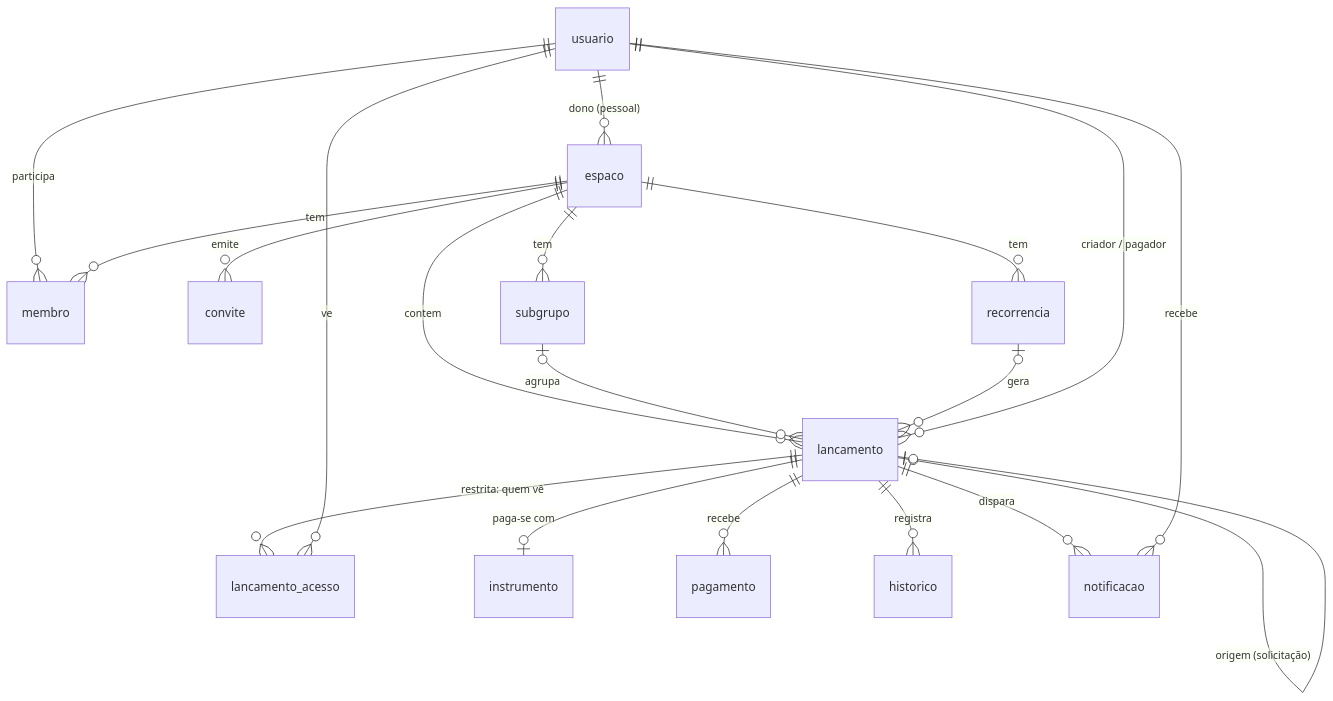
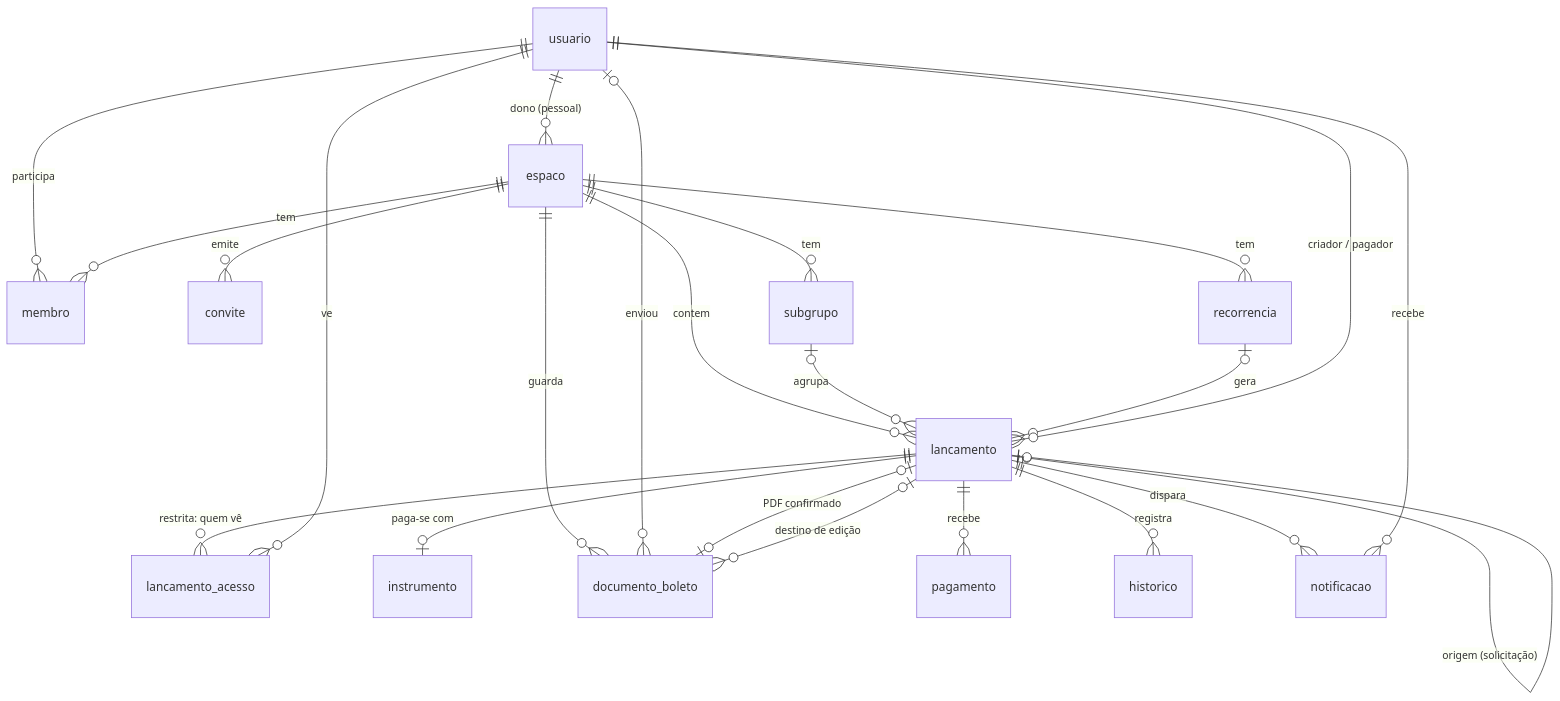
The diagram in docs/dados/modelo.md (luis-hm/Varal), drawn with Mermaid before and after one commit. The commit also changed other lines of this file and 64 other files, not shown here.

````diff
--- a/docs/dados/modelo.md
+++ b/docs/dados/modelo.md
@@ -96,21 +110,25 @@
 ```mermaid
 erDiagram
     usuario ||--o{ espaco : "dono (pessoal)"
     usuario ||--o{ membro : participa
     espaco ||--o{ membro : tem
     espaco ||--o{ convite : emite
     espaco ||--o{ subgrupo : tem
     espaco ||--o{ lancamento : contem
     espaco ||--o{ recorrencia : tem
     subgrupo |o--o{ lancamento : agrupa
     recorrencia |o--o{ lancamento : gera
     lancamento |o--o| lancamento : "origem (solicitação)"
     lancamento ||--o{ lancamento_acesso : "restrita: quem vê"
     usuario ||--o{ lancamento_acesso : ve
     lancamento ||--o| instrumento : "paga-se com"
+    espaco ||--o{ documento_boleto : guarda
+    usuario |o--o{ documento_boleto : enviou
+    lancamento |o--o| documento_boleto : "PDF confirmado"
+    lancamento |o--o{ documento_boleto : "destino de edição"
     lancamento ||--o{ pagamento : recebe
     lancamento ||--o{ historico : registra
     lancamento ||--o{ notificacao : dispara
     usuario ||--o{ notificacao : recebe
     usuario ||--o{ lancamento : "criador / pagador"
 ```
````
